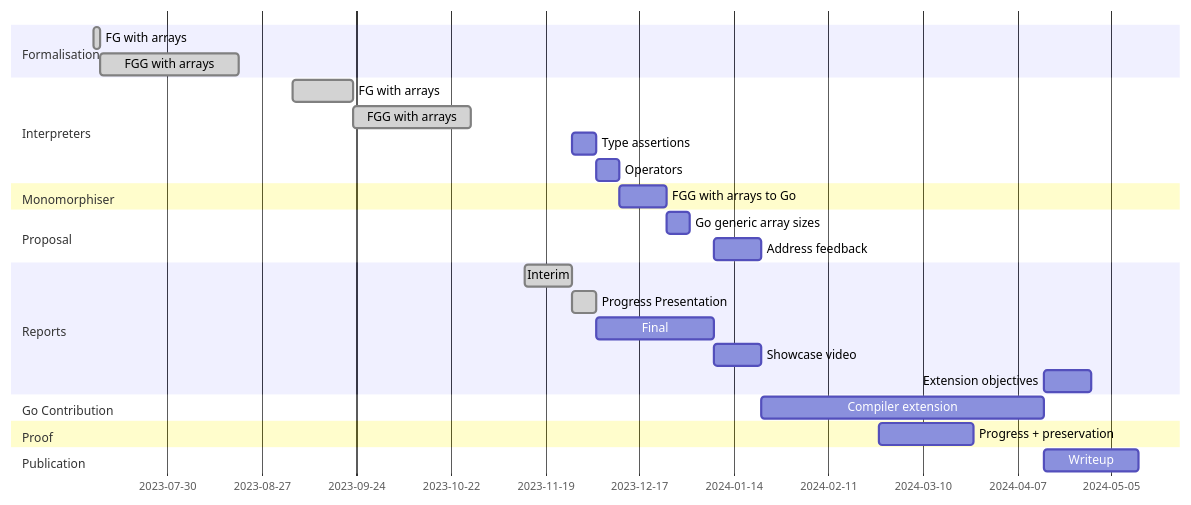
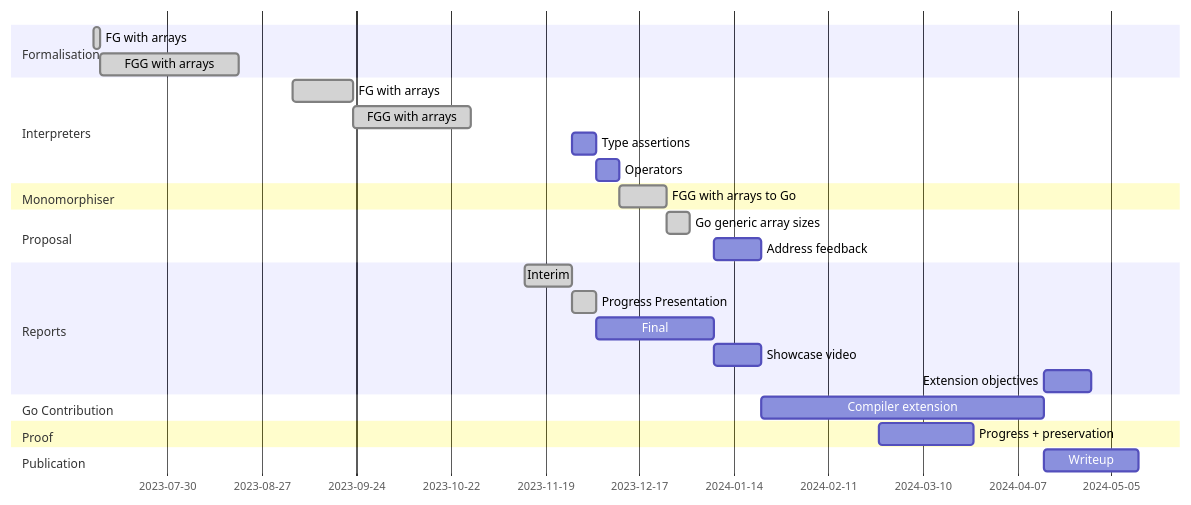
Before and after one commit to dawidl022/go-const-generics: the diagram in deliverables/2-report/project-plan.mmd, drawn with Mermaid.

Commit message:
Update project plan progress

```diff
--- a/deliverables/2-report/project-plan.mmd
+++ b/deliverables/2-report/project-plan.mmd
@@ -1,28 +1,28 @@
 gantt
     tickInterval 4week
     dateFormat  YYYY-MM-DD
     section Formalisation
         FG with arrays :done, 2023-07-08, 2023-07-10
         FGG with arrays :done, 2023-07-10, 2023-08-20
     section Interpreters
         FG with arrays :done, 2023-09-05,2023-09-23
         FGG with arrays :done, fggi, 2023-09-23, 5w
         Type assertions :tai, after interim, 1w
         Operators :op, after tai, 1w
     section Monomorphiser
-        FGG with arrays to Go :fggm, after op, 2w
+        FGG with arrays to Go :done, fggm, after op, 2w
     section Proposal
-        Go generic array sizes :after fggm, 1w
+        Go generic array sizes :done, after fggm, 1w
         Address feedback :feedback, after report, 2w
     section Reports
         Interim :done, interim, 2023-11-13, 2023-11-27
         Progress Presentation :done, progress, after interim, 2023-12-04
         Final :report, after progress, 5w
         Showcase video :after report, 2w
         Extension objectives :after compiler, 2w
     section Go Contribution
         Compiler extension :compiler, after feedback, 12w
     section Proof
         Progress + preservation :2024-02-26, 4w
     section Publication
         Writeup :after compiler, 4w
```
